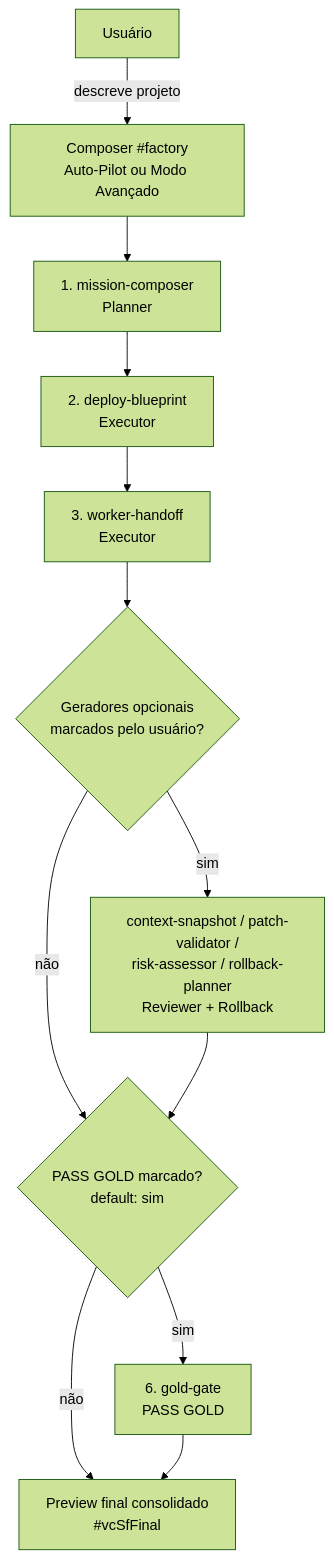
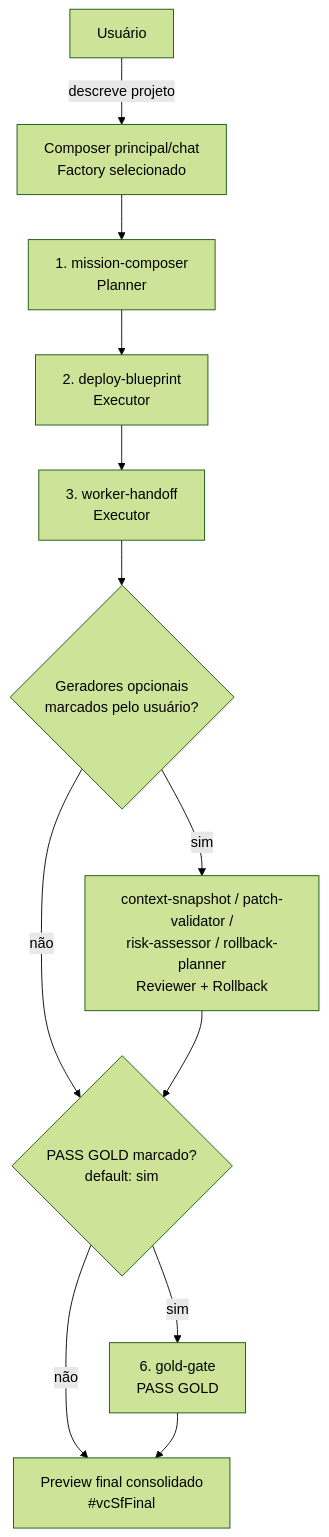
Before and after one commit to Imadechumbo/vision-core: the first of 2 diagrams in docs/SOFTWARE_FACTORY_SPEC.md, drawn with Mermaid (forest theme). The commit also changed other lines of this file and 12 other files, not shown here.

````diff
--- a/docs/SOFTWARE_FACTORY_SPEC.md
+++ b/docs/SOFTWARE_FACTORY_SPEC.md
@@ -41,14 +41,14 @@
 ```mermaid
 graph TD
-    U[Usuário] -->|descreve projeto| COMP[Composer #factory<br/>Auto-Pilot ou Modo Avançado]
+    U[Usuário] -->|descreve projeto| COMP[Composer principal/chat<br/>Factory selecionado]
     COMP --> S1["1. mission-composer<br/>Planner"]
     S1 --> S2["2. deploy-blueprint<br/>Executor"]
     S2 --> S3["3. worker-handoff<br/>Executor"]
     S3 --> OPT{Geradores opcionais<br/>marcados pelo usuário?}
     OPT -->|sim| S4["context-snapshot / patch-validator /<br/>risk-assessor / rollback-planner<br/>Reviewer + Rollback"]
     OPT -->|não| S5
     S4 --> S5{PASS GOLD marcado?<br/>default: sim}
     S5 -->|sim| GG["6. gold-gate<br/>PASS GOLD"]
     S5 -->|não| FINAL
     GG --> FINAL[Preview final consolidado<br/>#vcSfFinal]
 ```
````
